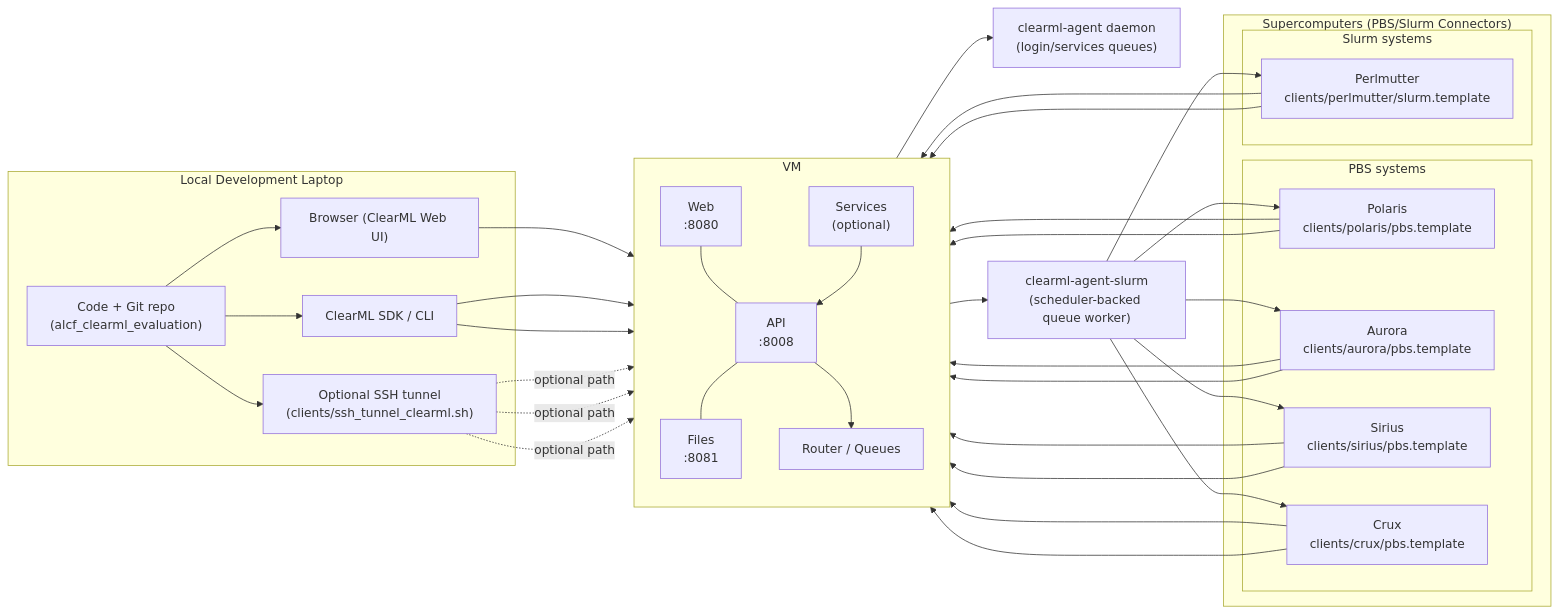
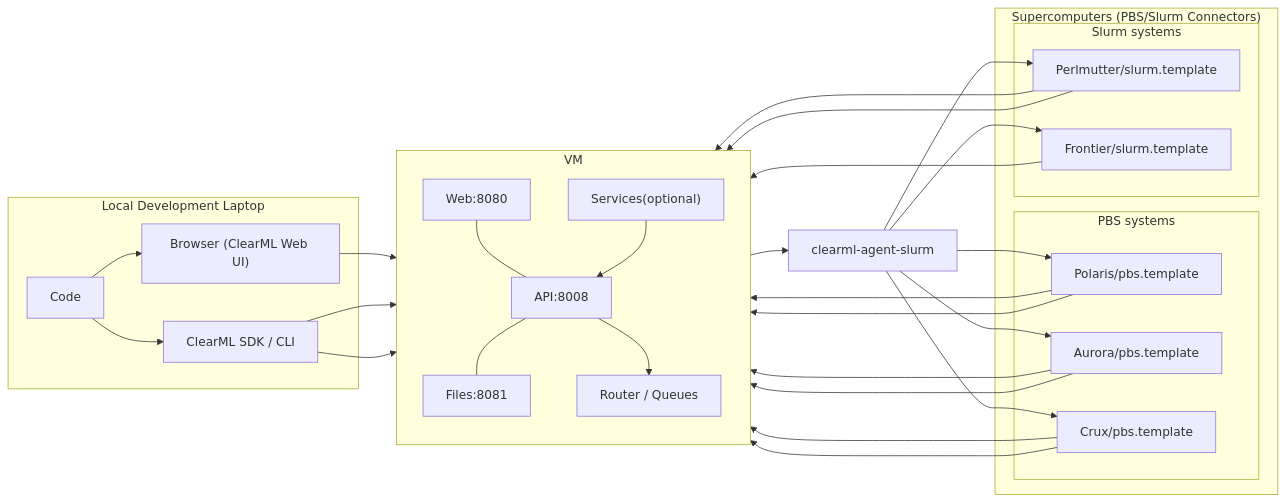
Before and after one commit to zhenghh04/alcf_clearml_deployment: the diagram in .docs/architecture.md, drawn with Mermaid. The commit also changed other lines of this file and 7 other files, not shown here.

````diff
--- a/.docs/architecture.md
+++ b/.docs/architecture.md
@@ -3,68 +3,61 @@
 ```mermaid
 flowchart LR
     %% User side
     subgraph LAPTOP["Local Development Laptop"]
-      DEV["Code + Git repo\n(alcf_clearml_evaluation)"]
+      DEV["Code"]
       SDK["ClearML SDK / CLI"]
       BROWSER["Browser (ClearML Web UI)"]
-      TUNNEL["Optional SSH tunnel\n(clients/ssh_tunnel_clearml.sh)"]
       DEV --> SDK
       DEV --> BROWSER
-      DEV --> TUNNEL
     end
 
     %% Control plane
     subgraph SERVER["VM"]
       direction TB
-      WEB["Web\n:8080"]
-      API["API\n:8008"]
-      FILES["Files\n:8081"]
+      WEB["Web:8080"]
+      API["API:8008"]
+      FILES["Files:8081"]
       ROUTER["Router / Queues"]
-      SERVICES["Services\n(optional)"]
+      SERVICES["Services(optional)"]
       WEB --- API
       API --- FILES
       API --> ROUTER
       SERVICES --> API
     end
 
     BROWSER --> WEB
     SDK --> API
     SDK --> FILES
-    TUNNEL -. optional path .-> WEB
-    TUNNEL -. optional path .-> API
-    TUNNEL -. optional path .-> FILES
 
     %% HPC systems
     subgraph HPC["Supercomputers (PBS/Slurm Connectors)"]
       subgraph PBS_SYS["PBS systems"]
-        POL["Polaris\nclients/polaris/pbs.template"]
-        AUR["Aurora\nclients/aurora/pbs.template"]
-        SIR["Sirius\nclients/sirius/pbs.template"]
-        CRX["Crux\nclients/crux/pbs.template"]
+        POL["Polaris/pbs.template"]
+        AUR["Aurora/pbs.template"]
+        CRX["Crux/pbs.template"]
       end
       subgraph SLURM_SYS["Slurm systems"]
-        PER["Perlmutter\nclients/perlmutter/slurm.template"]
+        PER["Perlmutter/slurm.template"]
+        FRO["Frontier/slurm.template"]
       end
     end
 
-    ROUTER --> AGP["clearml-agent daemon\n(login/services queues)"]
-    ROUTER --> AGS["clearml-agent-slurm\n(scheduler-backed queue worker)"]
+    ROUTER --> AGS["clearml-agent-slurm"]
 
     AGS --> POL
     AGS --> AUR
-    AGS --> SIR
     AGS --> CRX
     AGS --> PER
+    AGS --> FRO
 
     POL --> FILES
     AUR --> FILES
-    SIR --> FILES
     CRX --> FILES
     PER --> FILES
+    FRO --> FILES
 
     POL --> API
     AUR --> API
-    SIR --> API
     CRX --> API
     PER --> API
 ```
````
